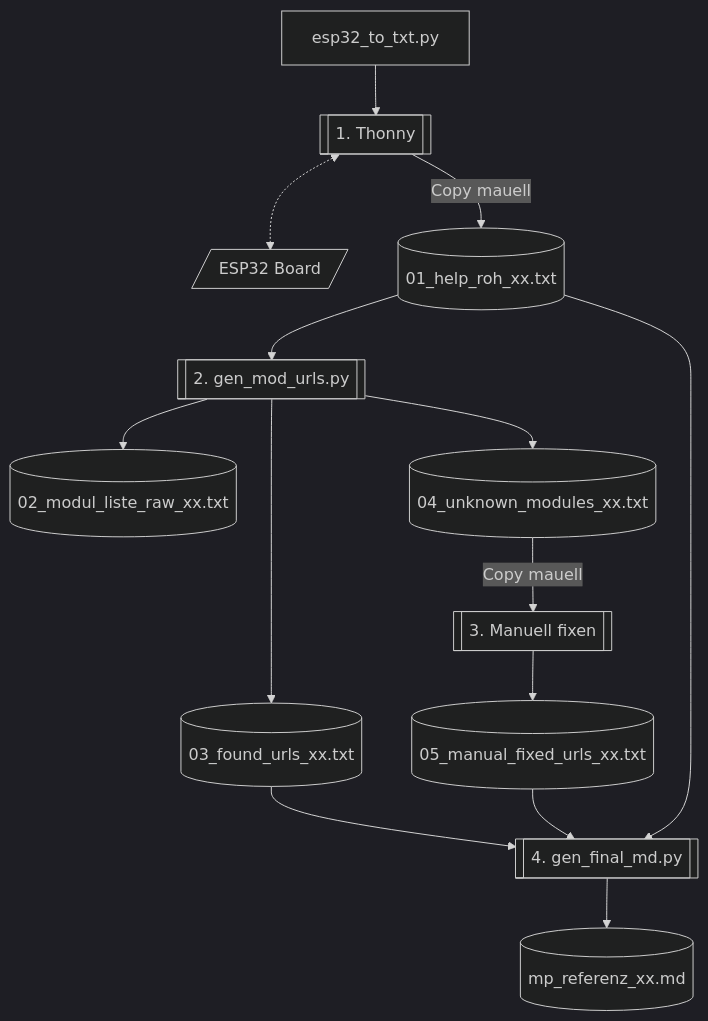
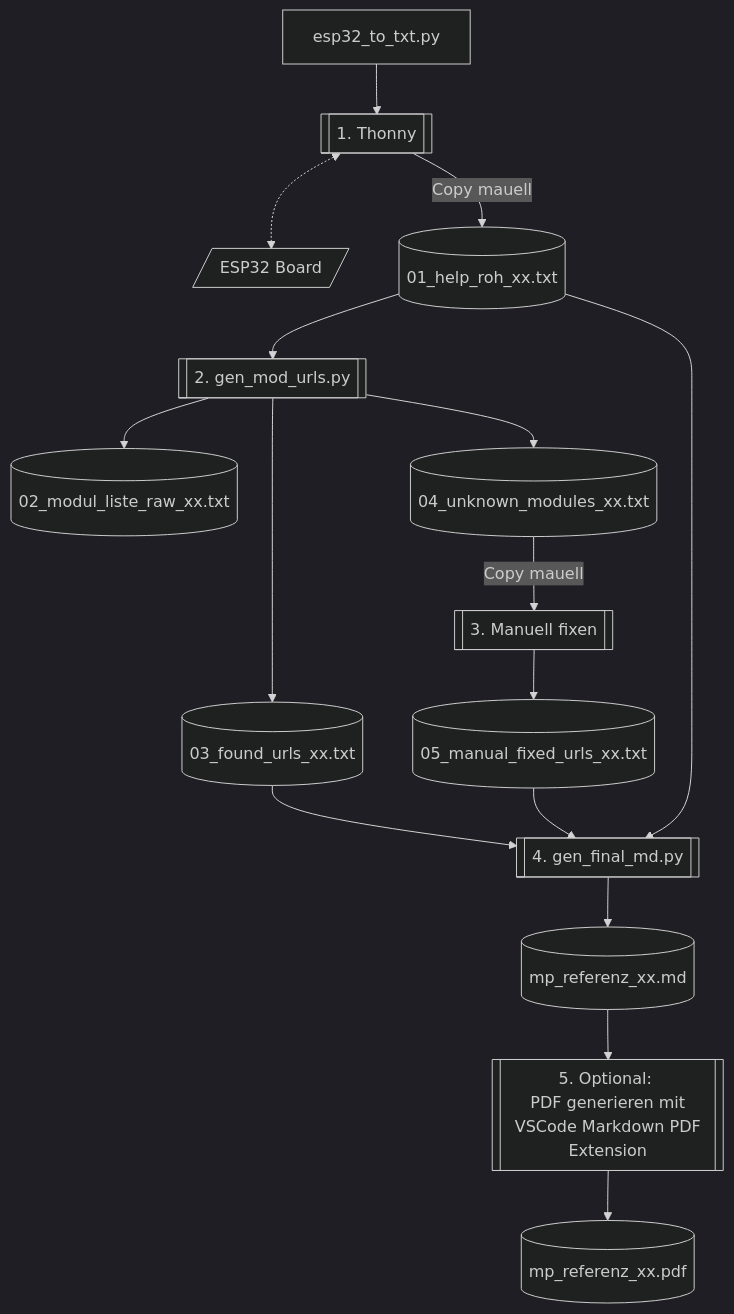
One commit to eismeraldo/Micropython_man_ESP32 changed the diagram in README.md. Above: the diagram before and after it, drawn with Mermaid (dark theme). The commit also changed other lines of this file and 2 other files, not shown here.

Commit message:
PDF aus md Files generiert

````diff
--- a/README.md
+++ b/README.md
@@ -13,14 +15,15 @@
 ```mermaid
 flowchart TD
 A[esp32_to_txt.py] --> B[[1. Thonny ]] <-.-> C[/ESP32 Board/] 
 B --> |Copy mauell| D[(01_help_roh_xx.txt)]
 --> E[[2. gen_mod_urls.py]]
     E --> F[(02_modul_liste_raw_xx.txt)]
     E --> G[(03_found_urls_xx.txt)]
     E --> H[(04_unknown_modules_xx.txt)]
         H --> |Copy mauell| I[[3. Manuell fixen ]]
         I --> K[(05_manual_fixed_urls_xx.txt)]
     D --> O
     G --> O
     K --> O[[4. gen_final_md.py ]] --> R[(mp_referenz_xx.md)]
+    R --> T[[5. Optional: \nPDF generieren mit\n VSCode Markdown PDF Extension]] --> U[(mp_referenz_xx.pdf)]
 ```
````
